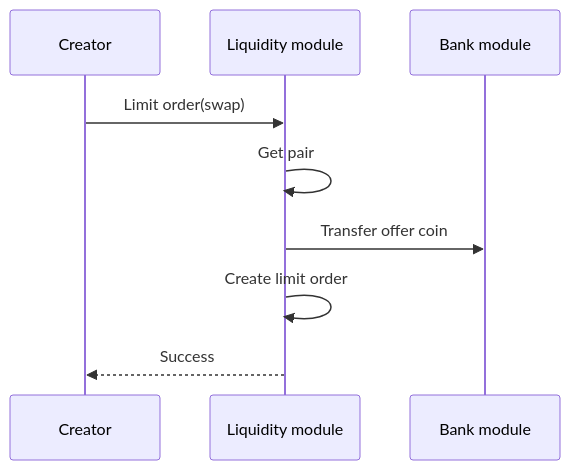
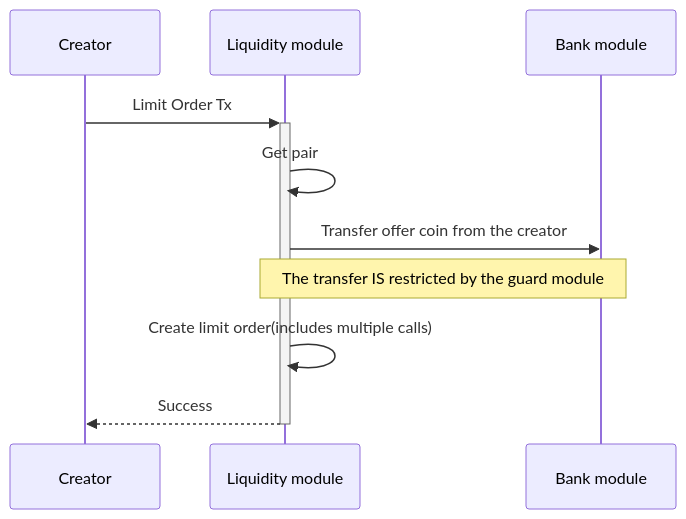
One commit to MANTRA-Chain/mantrachain changed the fifth of 10 diagrams in x/liquidity/spec/09_txs_flows.md. Above: the diagram before and after it, drawn with Mermaid. The commit also changed other lines of this file and 12 other files, not shown here.

Commit message:
docs: add update txs flows docs

````diff
--- a/x/liquidity/spec/09_txs_flows.md
+++ b/x/liquidity/spec/09_txs_flows.md
@@ -68,8 +68,9 @@
 ```mermaid
 sequenceDiagram
-Creator ->> Liquidity module: Limit order(swap)
+Creator->>+Liquidity module: Limit Order Tx
 Liquidity module->>Liquidity module: Get pair
-Liquidity module->>Bank module: Transfer offer coin
-Liquidity module->> Liquidity module: Create limit order
-Liquidity module-->> Creator: Success
+Liquidity module->>Bank module: Transfer offer coin from the creator
+Note over Liquidity module, Bank module: The transfer IS restricted by the guard module
+Liquidity module->>Liquidity module: Create limit order(includes multiple calls)
+Liquidity module-->>-Creator: Success
 ```
````
